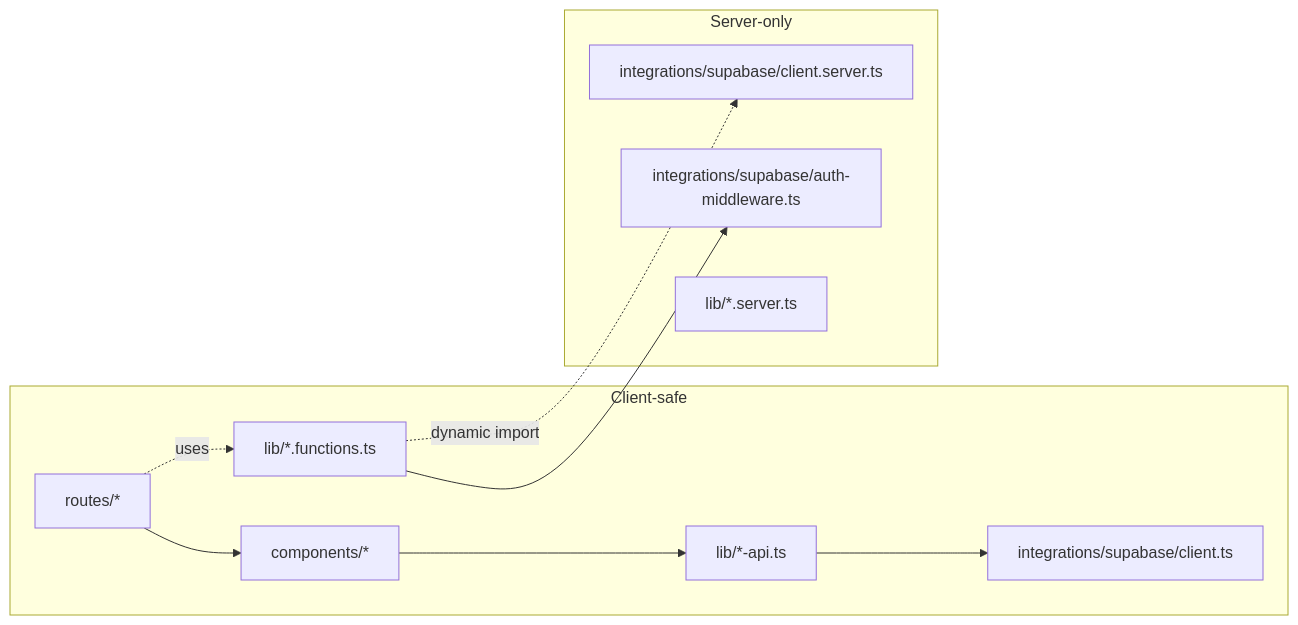
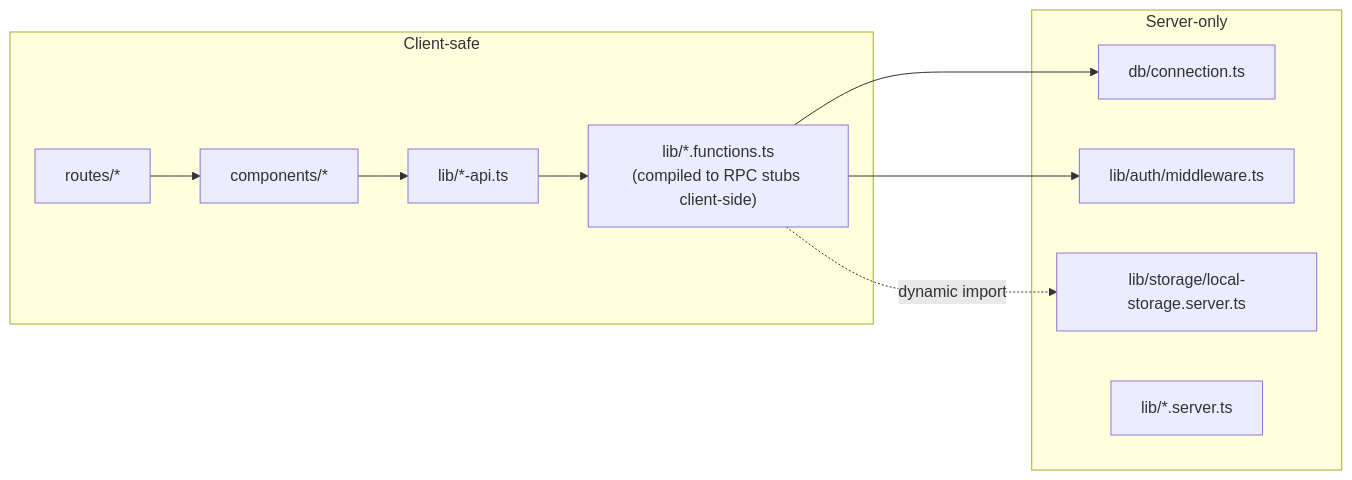
Before and after one commit to daneshavaran2/parkfava: the fourth of 10 diagrams in README.md, drawn with Mermaid. The commit also changed other lines of this file and 2 other files, not shown here.

````diff
--- a/README.md
+++ b/README.md
@@ -278,19 +304,19 @@
 ```mermaid
 graph LR
   subgraph Client-safe
     C1[routes/*]
     C2[components/*]
     C3[lib/*-api.ts]
-    C4[lib/*.functions.ts]
-    C5[integrations/supabase/client.ts]
+    C4["lib/*.functions.ts<br/>(compiled to RPC stubs client-side)"]
   end
   subgraph Server-only
-    S1[integrations/supabase/client.server.ts]
-    S2[integrations/supabase/auth-middleware.ts]
-    S3[lib/*.server.ts]
+    S1[db/connection.ts]
+    S2[lib/auth/middleware.ts]
+    S3[lib/storage/local-storage.server.ts]
+    S4[lib/*.server.ts]
   end
-  C1 --> C2 --> C3 --> C5
-  C1 -.uses.-> C4
-  C4 -.dynamic import.-> S1
+  C1 --> C2 --> C3 --> C4
+  C4 --> S1
   C4 --> S2
+  C4 -.dynamic import.-> S3
 ```
````
